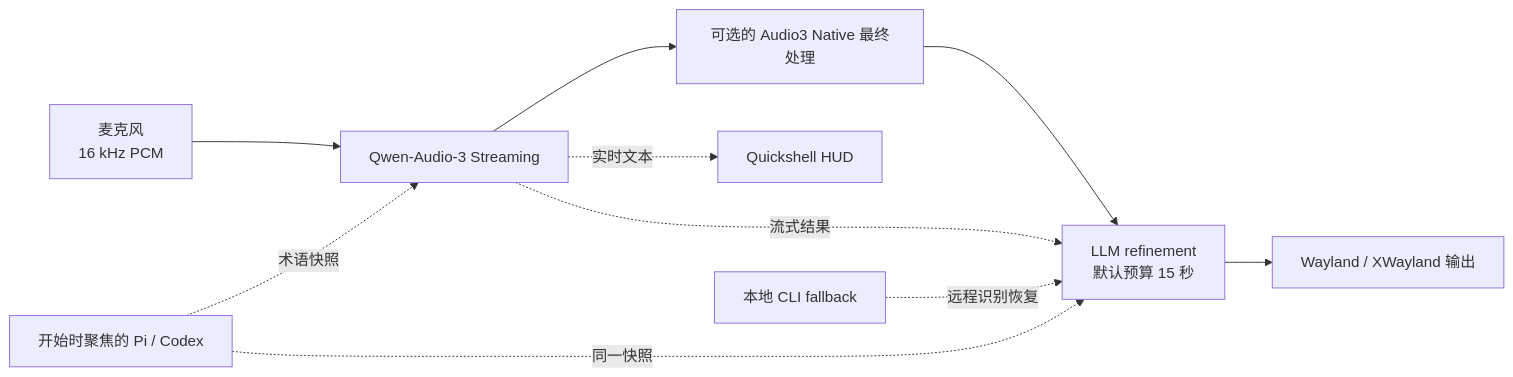
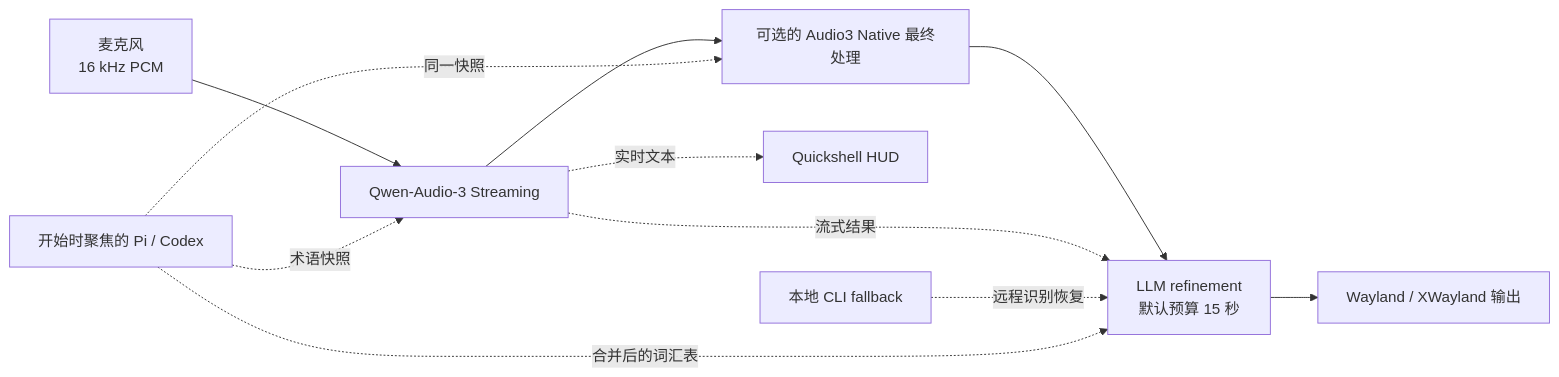
Before and after one commit to Saco93/voice-input: the diagram in README.zh-CN.md, drawn with Mermaid. The commit also changed other lines of this file and 14 other files, not shown here.

````diff
--- a/README.zh-CN.md
+++ b/README.zh-CN.md
@@ -16,12 +16,13 @@
 ```mermaid
 flowchart LR
     Mic[麦克风<br/>16 kHz PCM] --> A3[Qwen-Audio-3 Streaming]
     A3 --> Final[可选的 Audio3 Native 最终处理]
     Final --> LLM[LLM refinement<br/>默认预算 15 秒]
     A3 -. 流式结果 .-> LLM
     LLM --> Out[Wayland / XWayland 输出]
     A3 -. 实时文本 .-> HUD[Quickshell HUD]
     Local[本地 CLI fallback] -. 远程识别恢复 .-> LLM
     Agent[开始时聚焦的 Pi / Codex] -. 术语快照 .-> A3
-    Agent -. 同一快照 .-> LLM
+    Agent -. 同一快照 .-> Final
+    Agent -. 合并后的词汇表 .-> LLM
 ```
````
